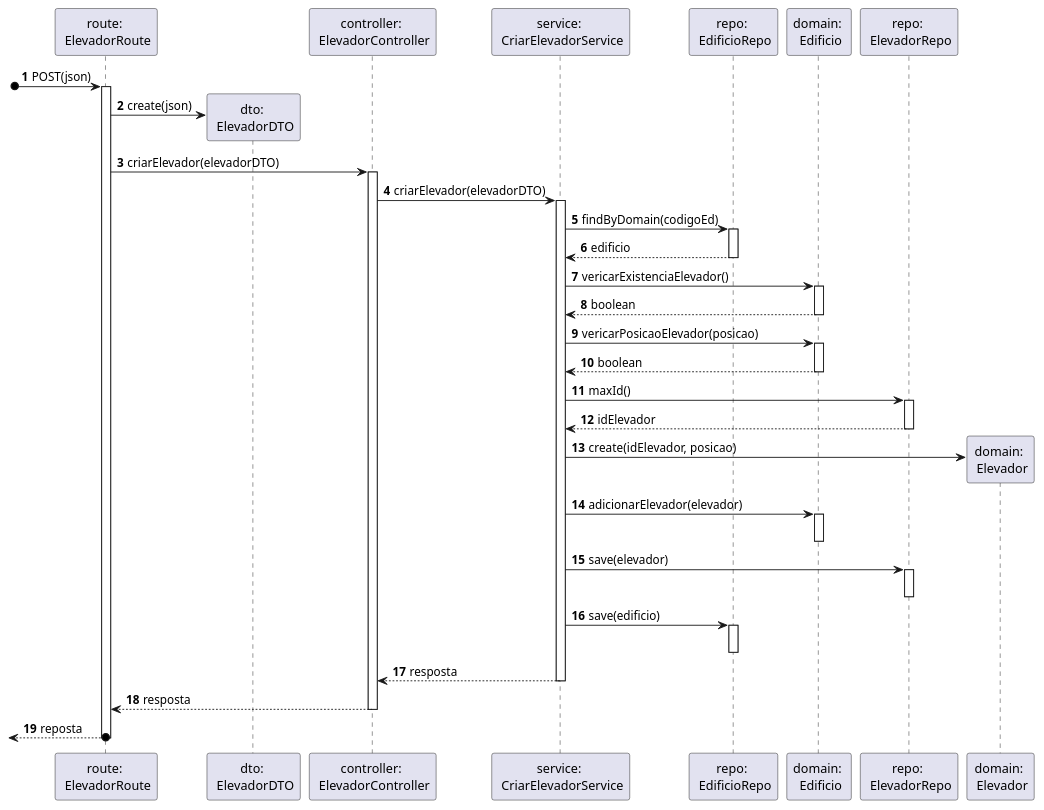
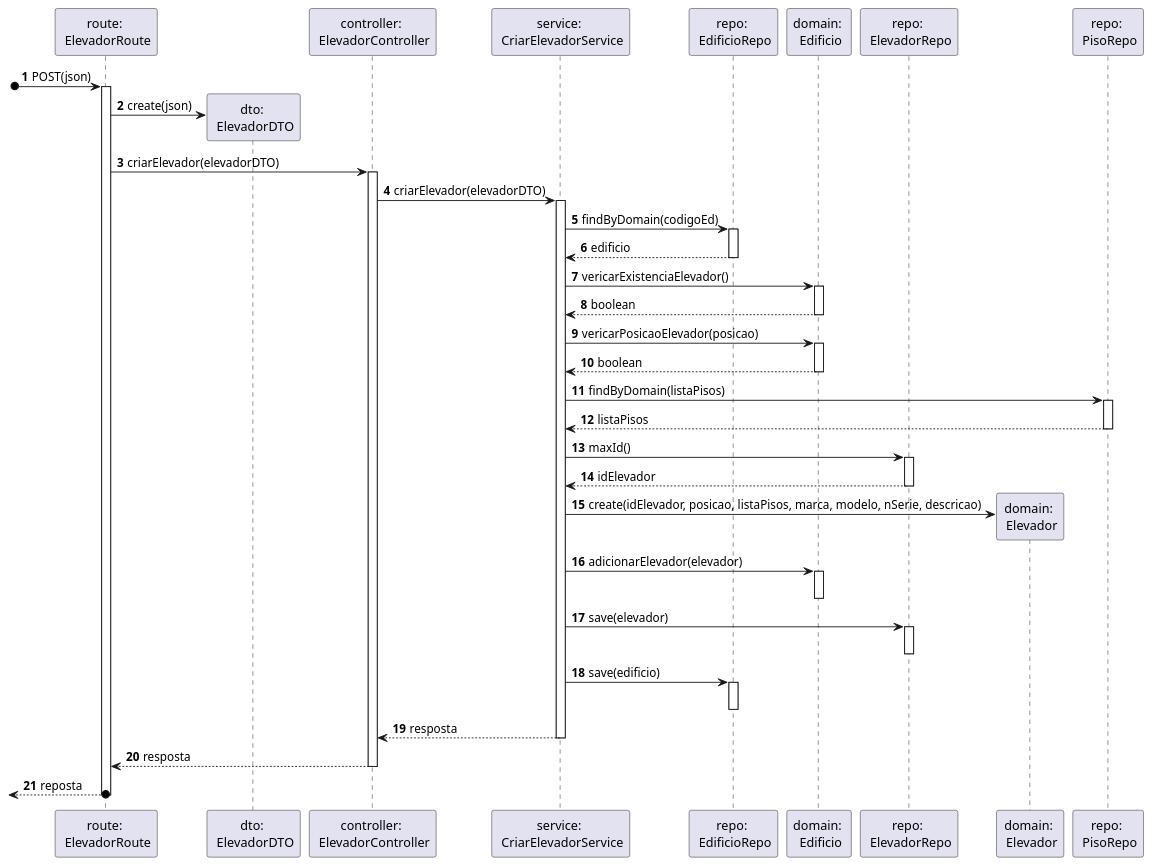
One commit to SEM5PI2324G58/sem5pi_g58_23_24 changed the diagram in docs/Sprint_A/US_270/N3/N3_VP.puml. Above: the diagram before and after it, drawn with PlantUML. The commit also changed 6 other files, not shown here.

```diff
--- a/docs/Sprint_A/US_270/N3/N3_VP.puml
+++ b/docs/Sprint_A/US_270/N3/N3_VP.puml
@@ -1,44 +1,48 @@
 autonumber
 
 participant "route: \n ElevadorRoute" as route
 participant "dto: \n ElevadorDTO" as dto
 participant "controller: \n ElevadorController" as ctrl
 participant "service: \n CriarElevadorService" as service
 participant "repo: \n EdificioRepo" as edRepo
 participant "domain: \n Edificio" as edificio
 participant "repo: \n ElevadorRepo" as eleRepo
 participant "domain: \n Elevador" as elevador
+participant "repo: \n PisoRepo" as pisoRepo
 
 
 [o-> route: POST(json)
 activate route
 route -> dto ** : create(json)
 route -> ctrl: criarElevador(elevadorDTO)
 activate ctrl
 ctrl -> service: criarElevador(elevadorDTO) 
 activate service
 service -> edRepo: findByDomain(codigoEd)
 activate edRepo
 return edificio
 service -> edificio : vericarExistenciaElevador()
 activate edificio
 return boolean
 service -> edificio : vericarPosicaoElevador(posicao)
 activate edificio
 return boolean
+service -> pisoRepo : findByDomain(listaPisos)
+activate pisoRepo
+return listaPisos
 service -> eleRepo: maxId()
 activate eleRepo
 return idElevador
-service -> elevador ** : create(idElevador, posicao)
+service -> elevador ** : create(idElevador, posicao, listaPisos, marca, modelo, nSerie, descricao)
 service -> edificio: adicionarElevador(elevador)
 activate edificio
 deactivate edificio
 service -> eleRepo: save(elevador)
 activate eleRepo
 deactivate eleRepo
 service -> edRepo: save(edificio)
 activate edRepo
 deactivate edRepo
 return resposta
 return resposta
 return reposta
```
